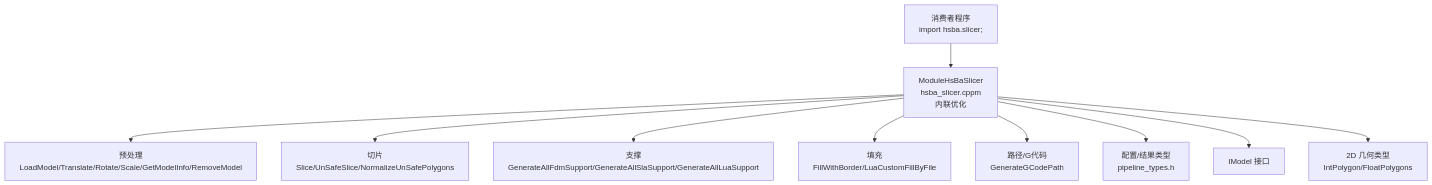
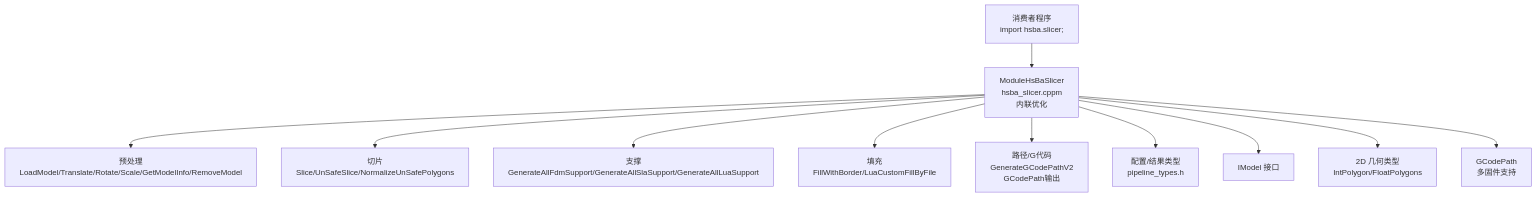
Before and after one commit to hsmbanlance/HsBaSlicer: the second of 8 diagrams in .qoder/repowiki/zh/content/扩展与集成/C++20模块包装层 (ModuleHsBaSlicer).md, drawn with Mermaid. The commit also changed other lines of this file and 9 other files, not shown here.

````diff
--- a/.qoder/repowiki/zh/content/扩展与集成/C++20模块包装层 (ModuleHsBaSlicer).md
+++ b/.qoder/repowiki/zh/content/扩展与集成/C++20模块包装层 (ModuleHsBaSlicer).md
@@ -126,12 +138,13 @@
 ```mermaid
 graph TB
 Consumer["消费者程序<br/>import hsba.slicer;"] --> Mod["ModuleHsBaSlicer<br/>hsba_slicer.cppm<br/>内联优化"]
 Mod --> Pre["预处理<br/>LoadModel/Translate/Rotate/Scale/GetModelInfo/RemoveModel"]
 Mod --> Slice["切片<br/>Slice/UnSafeSlice/NormalizeUnSafePolygons"]
 Mod --> Support["支撑<br/>GenerateAllFdmSupport/GenerateAllSlaSupport/GenerateAllLuaSupport"]
 Mod --> Fill["填充<br/>FillWithBorder/LuaCustomFillByFile"]
-Mod --> Path["路径/G代码<br/>GenerateGCodePath"]
+Mod --> Path["路径/G代码<br/>GenerateGCodePathV2<br/>GCodePath输出"]
 Mod --> Types["配置/结果类型<br/>pipeline_types.h"]
 Mod --> Base["IModel 接口"]
 Mod --> Poly2D["2D 几何类型<br/>IntPolygon/FloatPolygons"]
+Mod --> GCode["GCodePath<br/>多固件支持"]
 ```
````
